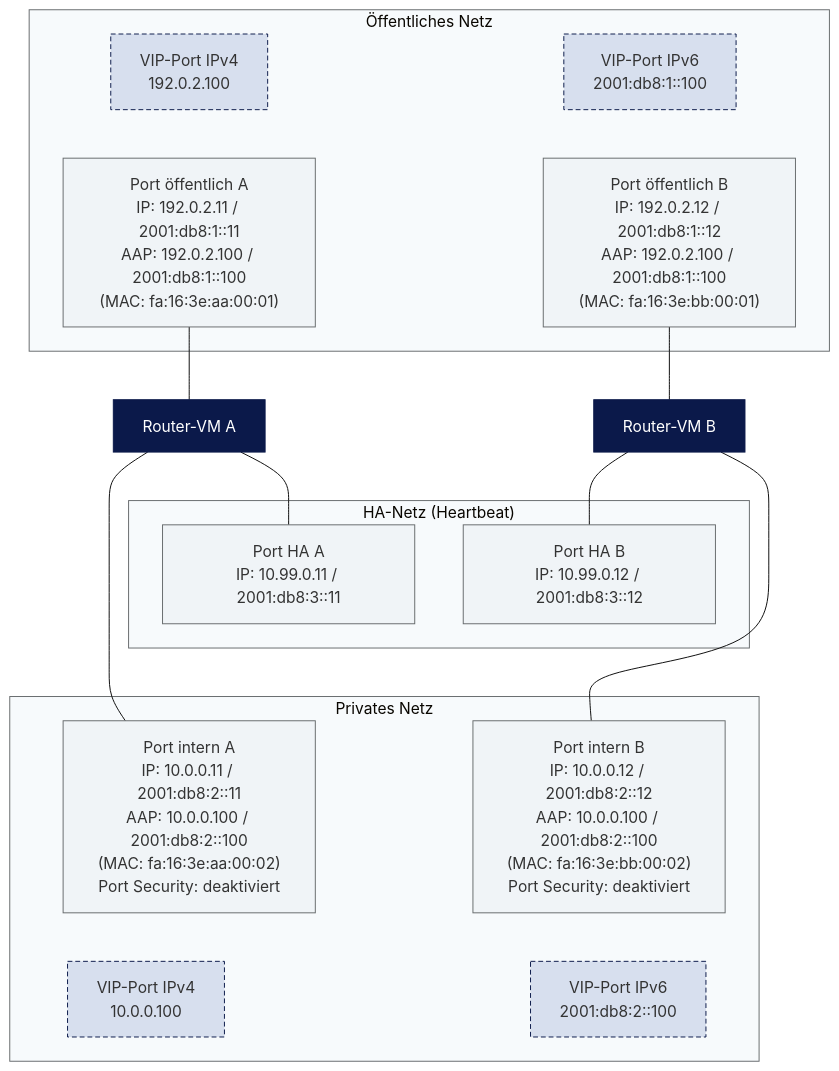
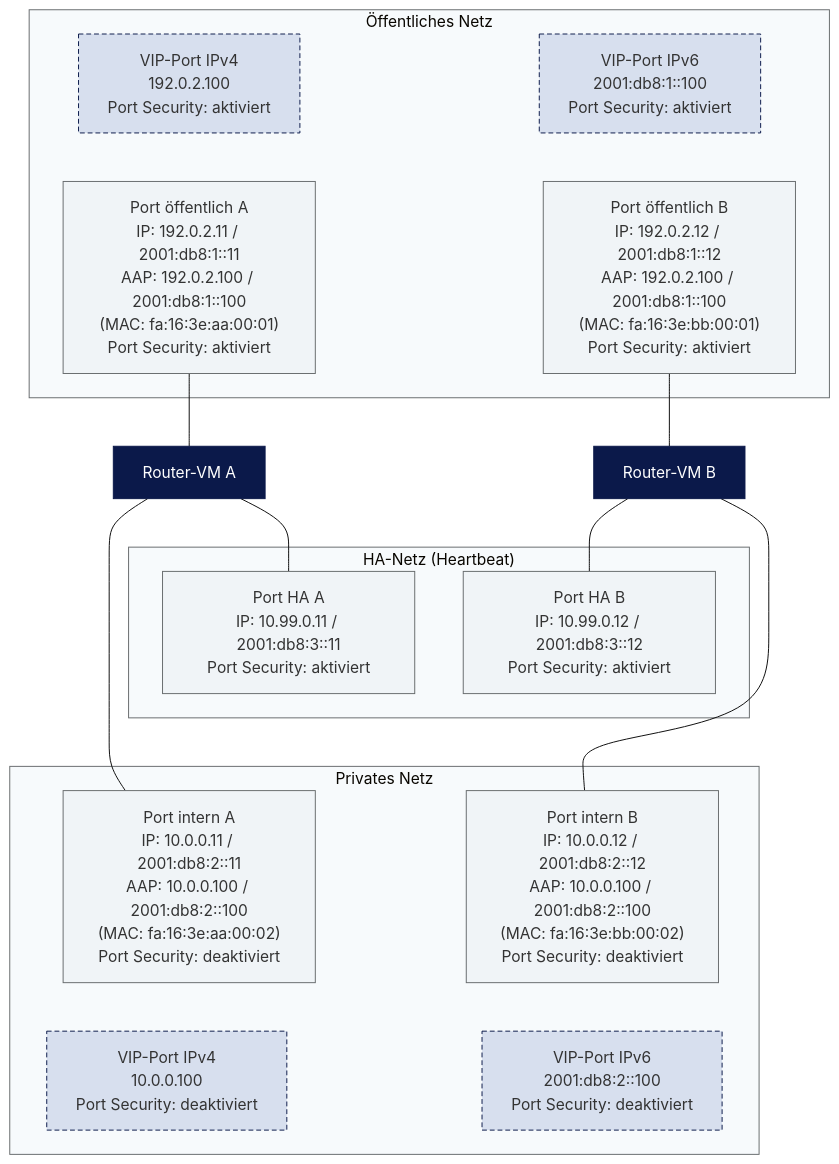
The diagram in docs/_openstack/networking/router_vm/index.de.md (wiit-cloud/docs), drawn with Mermaid (base theme) before and after one commit. The commit also changed 1 other file, not shown here.

Commit message:
docs(openstack): label port security state on all router VM ports (#138)

````diff
--- a/docs/_openstack/networking/router_vm/index.de.md
+++ b/docs/_openstack/networking/router_vm/index.de.md
@@ -26,48 +26,48 @@
 ```mermaid
 flowchart TB
     subgraph PUB["Öffentliches Netz"]
-        VIP4P["VIP-Port IPv4<br/>192.0.2.100"]
-        VIP6P["VIP-Port IPv6<br/>2001:db8:1::100"]
-        PPA["Port öffentlich A<br/>IP: 192.0.2.11 / 2001:db8:1::11<br/>AAP: 192.0.2.100 / 2001:db8:1::100<br/>(MAC: fa:16:3e:aa:00:01)"]
-        PPB["Port öffentlich B<br/>IP: 192.0.2.12 / 2001:db8:1::12<br/>AAP: 192.0.2.100 / 2001:db8:1::100<br/>(MAC: fa:16:3e:bb:00:01)"]
+        VIP4P["VIP-Port IPv4<br/>192.0.2.100<br/>Port Security: aktiviert"]
+        VIP6P["VIP-Port IPv6<br/>2001:db8:1::100<br/>Port Security: aktiviert"]
+        PPA["Port öffentlich A<br/>IP: 192.0.2.11 / 2001:db8:1::11<br/>AAP: 192.0.2.100 / 2001:db8:1::100<br/>(MAC: fa:16:3e:aa:00:01)<br/>Port Security: aktiviert"]
+        PPB["Port öffentlich B<br/>IP: 192.0.2.12 / 2001:db8:1::12<br/>AAP: 192.0.2.100 / 2001:db8:1::100<br/>(MAC: fa:16:3e:bb:00:01)<br/>Port Security: aktiviert"]
     end
     RA["Router-VM A"]
     RB["Router-VM B"]
     subgraph HAN["HA-Netz (Heartbeat)"]
-        PHA["Port HA A<br/>IP: 10.99.0.11 / 2001:db8:3::11"]
-        PHB["Port HA B<br/>IP: 10.99.0.12 / 2001:db8:3::12"]
+        PHA["Port HA A<br/>IP: 10.99.0.11 / 2001:db8:3::11<br/>Port Security: aktiviert"]
+        PHB["Port HA B<br/>IP: 10.99.0.12 / 2001:db8:3::12<br/>Port Security: aktiviert"]
     end
     subgraph INT["Privates Netz"]
         PIA["Port intern A<br/>IP: 10.0.0.11 / 2001:db8:2::11<br/>AAP: 10.0.0.100 / 2001:db8:2::100<br/>(MAC: fa:16:3e:aa:00:02)<br/>Port Security: deaktiviert"]
         PIB["Port intern B<br/>IP: 10.0.0.12 / 2001:db8:2::12<br/>AAP: 10.0.0.100 / 2001:db8:2::100<br/>(MAC: fa:16:3e:bb:00:02)<br/>Port Security: deaktiviert"]
-        VIP4I["VIP-Port IPv4<br/>10.0.0.100"]
-        VIP6I["VIP-Port IPv6<br/>2001:db8:2::100"]
+        VIP4I["VIP-Port IPv4<br/>10.0.0.100<br/>Port Security: deaktiviert"]
+        VIP6I["VIP-Port IPv6<br/>2001:db8:2::100<br/>Port Security: deaktiviert"]
     end
     VIP4P --- PPA
     VIP4P --- PPB
     VIP6P --- PPA
     VIP6P --- PPB
     PPA --- RA
     PPB --- RB
     RA --- PIA
     RA --- PHA
     RB --- PIB
     RB --- PHB
     PIA --- VIP4I
     PIA --- VIP6I
     PIB --- VIP4I
     PIB --- VIP6I
     PHA --- PIA
     PHB --- PIB
     linkStyle 0,1,2,3,10,11,12,13,14,15 stroke:transparent,stroke-width:0px
     style PUB fill:#f7fafc,stroke:#676b6d
     style HAN fill:#f7fafc,stroke:#676b6d
     style INT fill:#f7fafc,stroke:#676b6d
     classDef port fill:#f0f4f7,stroke:#676b6d
     classDef vip fill:#d7dfee,stroke:#0b194a,stroke-dasharray: 5 3
     classDef vm fill:#0b194a,stroke:#0b194a,color:#ffffff
     class PPA,PPB,PHA,PHB,PIA,PIB port
     class VIP4P,VIP6P,VIP4I,VIP6I vip
 
     class RA,RB vm
 ```
````
